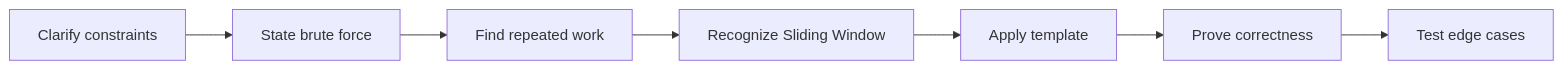
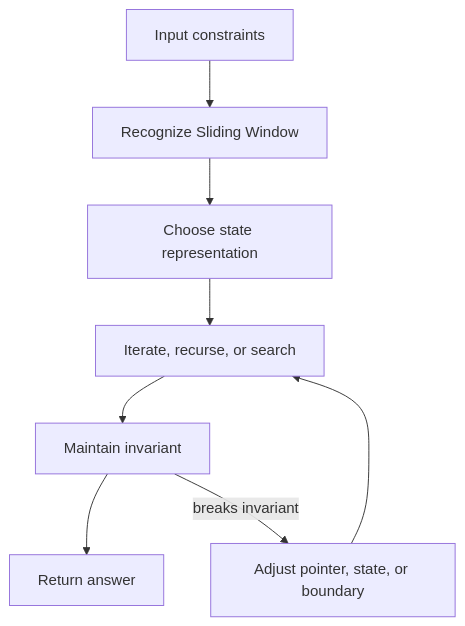
Before and after one commit to abstractinterviews/abstractinterviews.github.io: the second of 2 diagrams in coding-round/patterns/sliding-window/index.md, drawn with Mermaid. The commit also changed other lines of this file and 278 other files, not shown here.

````diff
--- a/coding-round/patterns/sliding-window/index.md
+++ b/coding-round/patterns/sliding-window/index.md
@@ -123,9 +121,10 @@
-~~~mermaid
-flowchart LR
-    A["Clarify constraints"] --> B["State brute force"]
-    B --> C["Find repeated work"]
-    C --> D["Recognize Sliding Window"]
-    D --> E["Apply template"]
-    E --> F["Prove correctness"]
-    F --> G["Test edge cases"]
-~~~
+```mermaid
+flowchart TD
+    Input["Input constraints"] --> Pattern["Recognize Sliding Window"]
+    Pattern --> State["Choose state representation"]
+    State --> Iterate["Iterate, recurse, or search"]
+    Iterate --> Check["Maintain invariant"]
+    Check --> Result["Return answer"]
+    Check -->|breaks invariant| Fix["Adjust pointer, state, or boundary"]
+    Fix --> Iterate
+```
````
